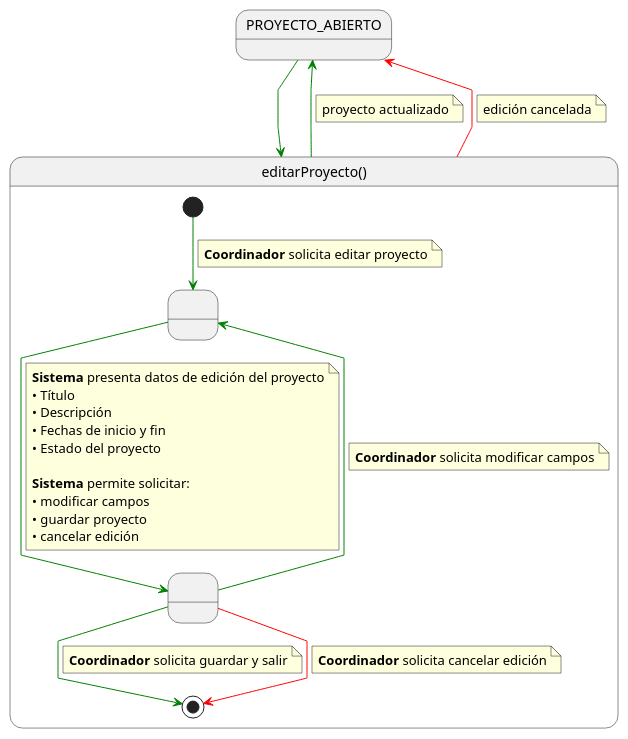
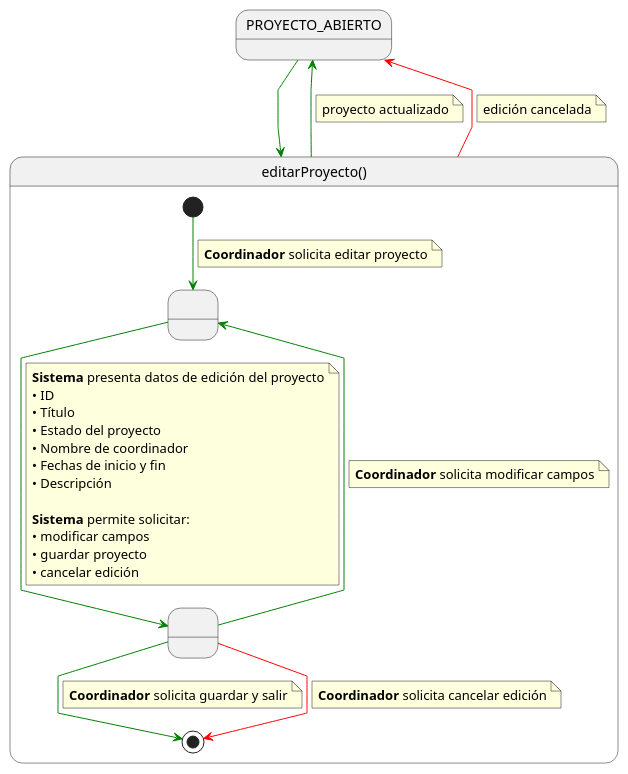
The diagram in documents/casosDeUso/detalle/coordinador/02-gestion-proyectos/editarProyecto/editarProyecto.puml (31Diego/25-26-IdSw1-SdR), drawn with PlantUML before and after one commit. The commit also changed 8 other files, not shown here.

```diff
--- a/documents/casosDeUso/detalle/coordinador/02-gestion-proyectos/editarProyecto/editarProyecto.puml
+++ b/documents/casosDeUso/detalle/coordinador/02-gestion-proyectos/editarProyecto/editarProyecto.puml
@@ -1,57 +1,59 @@
 @startuml editarProyecto
 
 skinparam linetype polyline
 
 PROYECTO_ABIERTO -[#green]-> editarProyecto
 
 state editarProyecto as "editarProyecto()" {
 
     state " " as EditandoDatos
     state " " as GuardandoDatos
 
     [*] -[#green]-> EditandoDatos
     note on link
     <b>Coordinador</b> solicita editar proyecto
     end note
 
     EditandoDatos -[#green]-> GuardandoDatos
     note on link
     <b>Sistema</b> presenta datos de edición del proyecto
+    • ID
     • Título
+    • Estado del proyecto
+    • Nombre de coordinador
+    • Fechas de inicio y fin
     • Descripción
-    • Fechas de inicio y fin
-    • Estado del proyecto
 
     <b>Sistema</b> permite solicitar:
     • modificar campos
     • guardar proyecto
     • cancelar edición
     end note
 
     GuardandoDatos -[#green]-> EditandoDatos
     note on link
     <b>Coordinador</b> solicita modificar campos
     end note
 
     GuardandoDatos -[#green]-> [*]
     note on link
     <b>Coordinador</b> solicita guardar y salir
     end note
 
     GuardandoDatos -[#red]-> [*]
     note on link
     <b>Coordinador</b> solicita cancelar edición
     end note
 }
 
 editarProyecto -[#green]-> PROYECTO_ABIERTO
 note on link
 proyecto actualizado
 end note
 
 editarProyecto -[#red]-> PROYECTO_ABIERTO
 note on link
 edición cancelada
 end note
 
 @enduml
```
